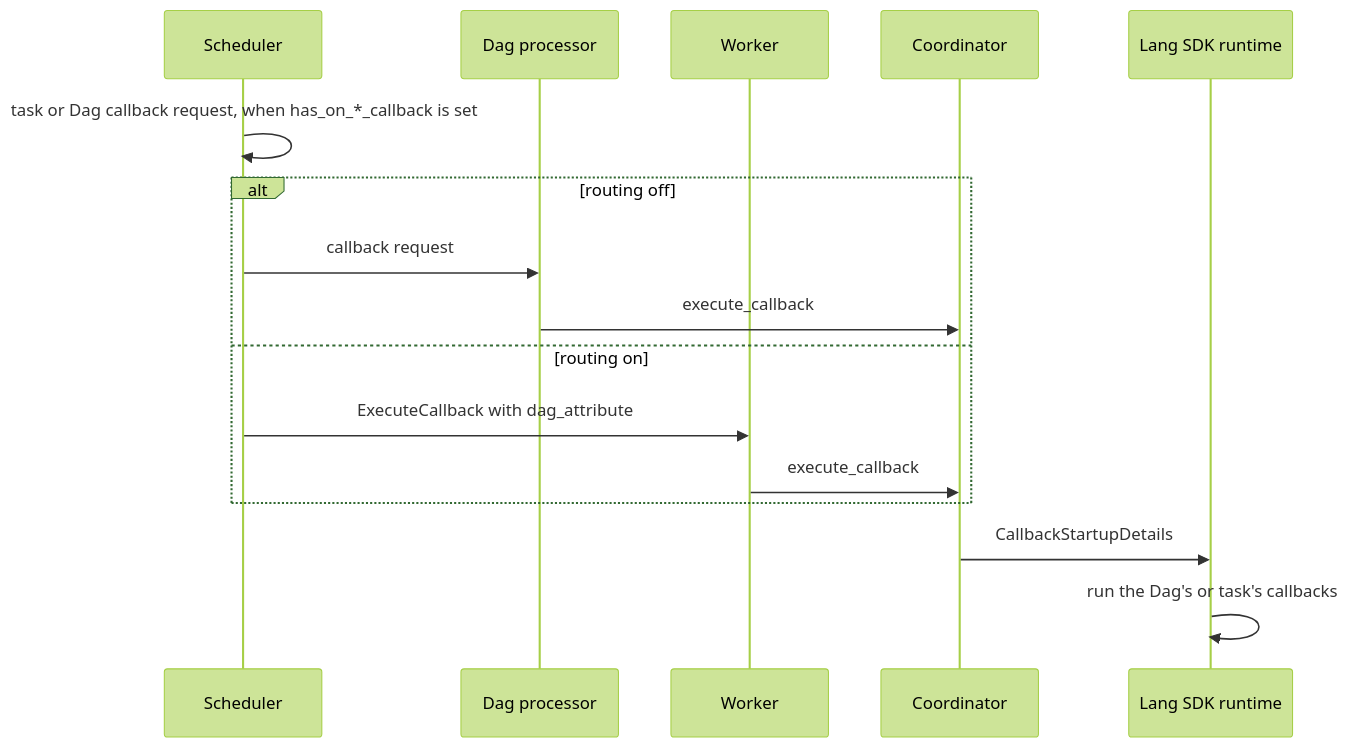
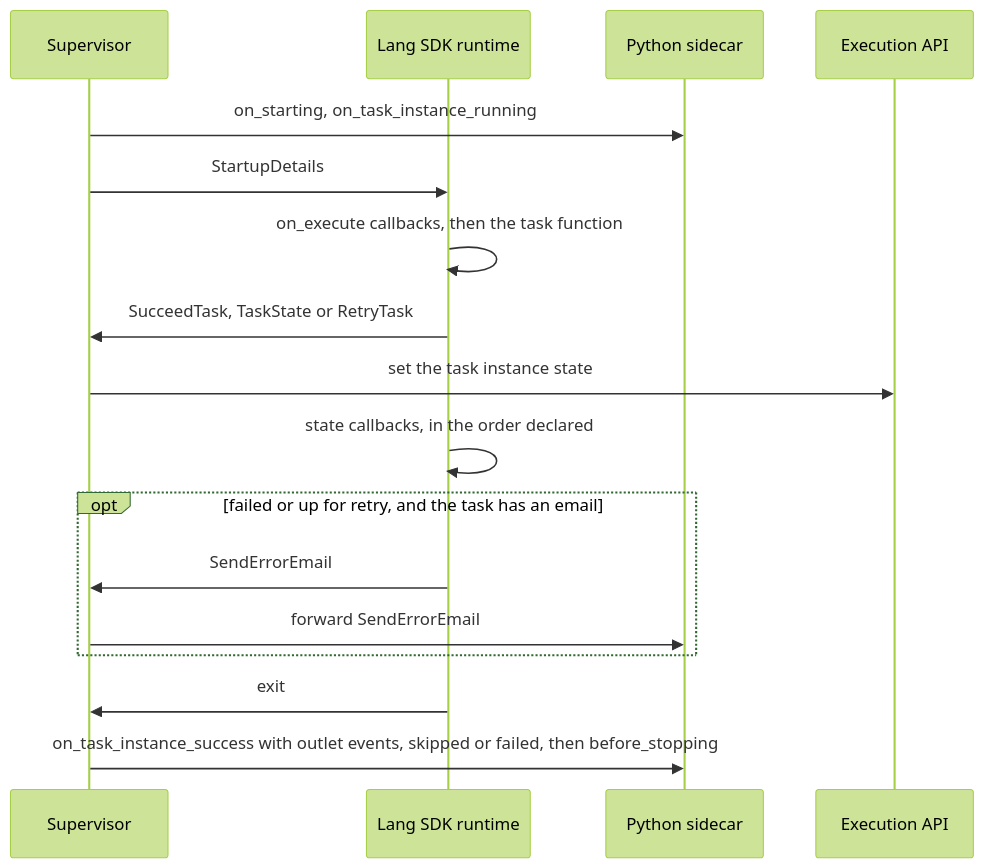
Before and after one commit to jason810496/airflow: the second of 4 diagrams in airflow-core/adr/lang-sdk/0020-callbacks-deadline-alerts-and-listeners-across-lang-sdks.md, drawn with Mermaid (forest theme). The commit also changed other lines of this file and 3 other files, not shown here.

Commit message:
Add callback schemas, task emails and code links to callback ADRs

````diff
--- a/airflow-core/adr/lang-sdk/0020-callbacks-deadline-alerts-and-listeners-across-lang-sdks.md
+++ b/airflow-core/adr/lang-sdk/0020-callbacks-deadline-alerts-and-listeners-across-lang-sdks.md
@@ -134,18 +240,19 @@
 ```mermaid
 sequenceDiagram
-    participant SCH as Scheduler
-    participant DP as Dag processor
-    participant WK as Worker
-    participant CO as Coordinator
+    participant SV as Supervisor
     participant RT as Lang SDK runtime
-    SCH->>SCH: task or Dag callback request, when has_on_*_callback is set
-    alt routing off
-        SCH->>DP: callback request
-        DP->>CO: execute_callback
-    else routing on
-        SCH->>WK: ExecuteCallback with dag_attribute
-        WK->>CO: execute_callback
+    participant HP as Python sidecar
+    participant API as Execution API
+    SV->>HP: on_starting, on_task_instance_running
+    SV->>RT: StartupDetails
+    RT->>RT: on_execute callbacks, then the task function
+    RT->>SV: SucceedTask, TaskState or RetryTask
+    SV->>API: set the task instance state
+    RT->>RT: state callbacks, in the order declared
+    opt failed or up for retry, and the task has an email
+        RT->>SV: SendErrorEmail
+        SV->>HP: forward SendErrorEmail
     end
-    CO->>RT: CallbackStartupDetails
-    RT->>RT: run the Dag's or task's callbacks
+    RT->>SV: exit
+    SV->>HP: on_task_instance_success with outlet events, skipped or failed, then before_stopping
 ```
````
